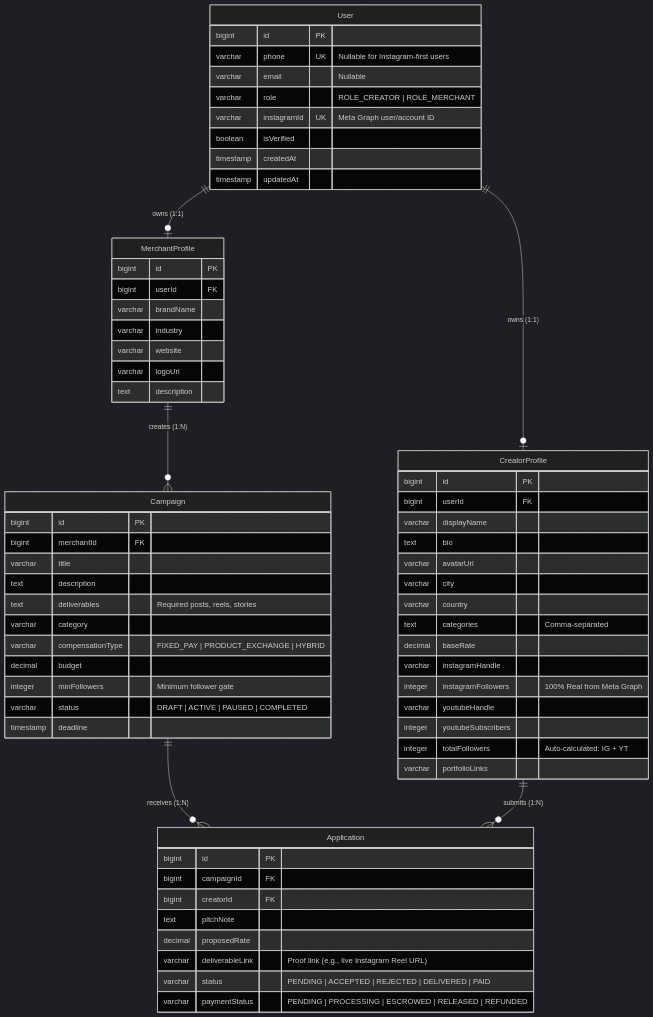
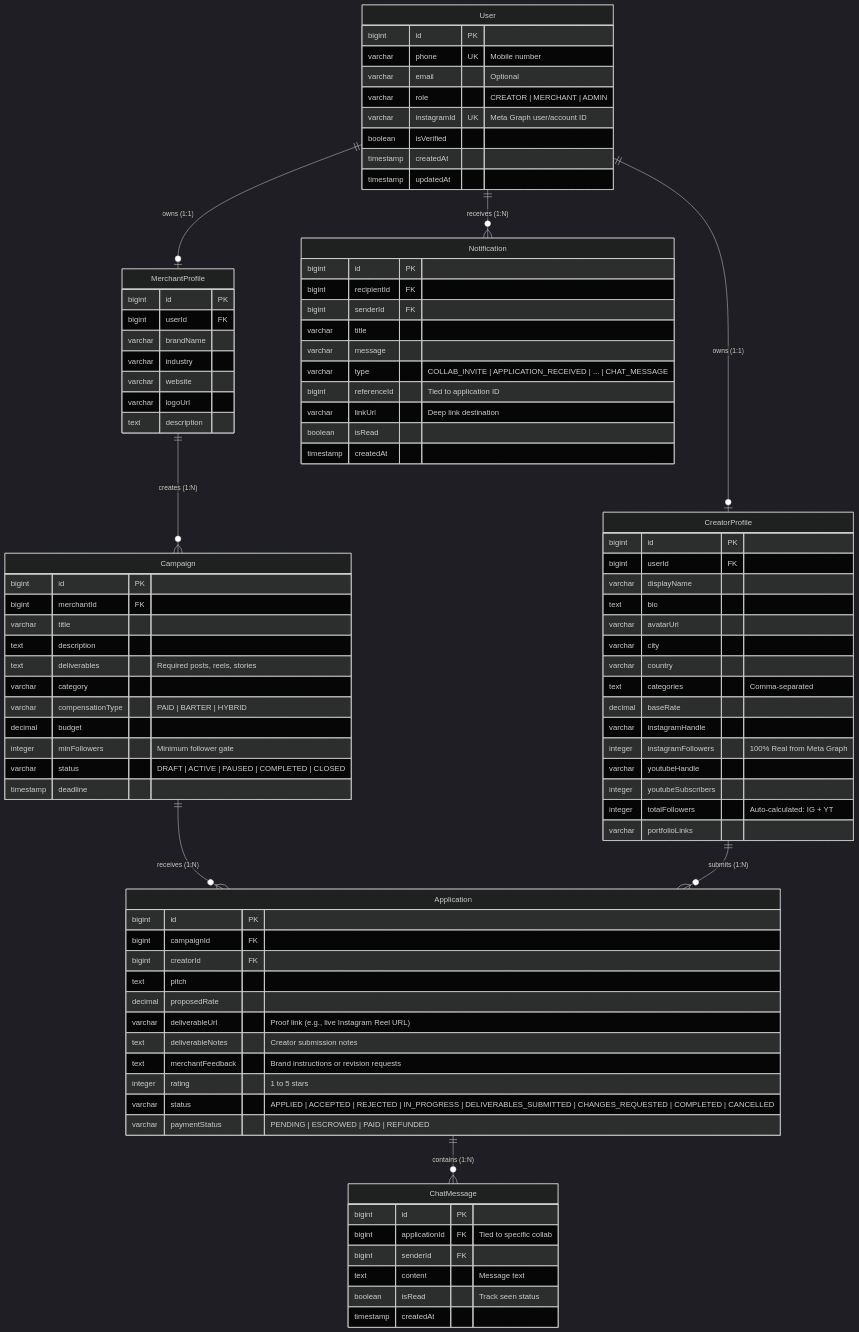
Before and after one commit to Alok290/creatorhub: the first of 4 diagrams in PROJECT_CONTEXT.md, drawn with Mermaid (dark theme). The commit also changed other lines of this file and 27 other files, not shown here.

````diff
--- a/PROJECT_CONTEXT.md
+++ b/PROJECT_CONTEXT.md
@@ -178,15 +209,17 @@
 erDiagram
     User ||--o| CreatorProfile : "owns (1:1)"
     User ||--o| MerchantProfile : "owns (1:1)"
+    User ||--o{ Notification : "receives (1:N)"
     MerchantProfile ||--o{ Campaign : "creates (1:N)"
     Campaign ||--o{ Application : "receives (1:N)"
     CreatorProfile ||--o{ Application : "submits (1:N)"
+    Application ||--o{ ChatMessage : "contains (1:N)"
 
     User {
         bigint id PK
-        varchar phone UK "Nullable for Instagram-first users"
-        varchar email "Nullable"
-        varchar role "ROLE_CREATOR | ROLE_MERCHANT"
+        varchar phone UK "Mobile number"
+        varchar email "Optional"
+        varchar role "CREATOR | MERCHANT | ADMIN"
         varchar instagramId UK "Meta Graph user/account ID"
         boolean isVerified
         timestamp createdAt
@@ -228,10 +261,10 @@
         text description
         text deliverables "Required posts, reels, stories"
         varchar category
-        varchar compensationType "FIXED_PAY | PRODUCT_EXCHANGE | HYBRID"
+        varchar compensationType "PAID | BARTER | HYBRID"
         decimal budget
         integer minFollowers "Minimum follower gate"
-        varchar status "DRAFT | ACTIVE | PAUSED | COMPLETED"
+        varchar status "DRAFT | ACTIVE | PAUSED | COMPLETED | CLOSED"
         timestamp deadline
     }
 
@@ -239,10 +272,35 @@
         bigint id PK
         bigint campaignId FK
         bigint creatorId FK
-        text pitchNote
+        text pitch
         decimal proposedRate
-        varchar deliverableLink "Proof link (e.g., live Instagram Reel URL)"
-        varchar status "PENDING | ACCEPTED | REJECTED | DELIVERED | PAID"
-        varchar paymentStatus "PENDING | PROCESSING | ESCROWED | RELEASED | REFUNDED"
+        varchar deliverableUrl "Proof link (e.g., live Instagram Reel URL)"
+        text deliverableNotes "Creator submission notes"
+        text merchantFeedback "Brand instructions or revision requests"
+        integer rating "1 to 5 stars"
+        varchar status "APPLIED | ACCEPTED | REJECTED | IN_PROGRESS | DELIVERABLES_SUBMITTED | CHANGES_REQUESTED | COMPLETED | CANCELLED"
+        varchar paymentStatus "PENDING | ESCROWED | PAID | REFUNDED"
+    }
+
+    ChatMessage {
+        bigint id PK
+        bigint applicationId FK "Tied to specific collab"
+        bigint senderId FK
+        text content "Message text"
+        boolean isRead "Track seen status"
+        timestamp createdAt
+    }
+
+    Notification {
+        bigint id PK
+        bigint recipientId FK
+        bigint senderId FK
+        varchar title
+        varchar message
+        varchar type "COLLAB_INVITE | APPLICATION_RECEIVED | ... | CHAT_MESSAGE"
+        bigint referenceId "Tied to application ID"
+        varchar linkUrl "Deep link destination"
+        boolean isRead
+        timestamp createdAt
     }
 ```
````
